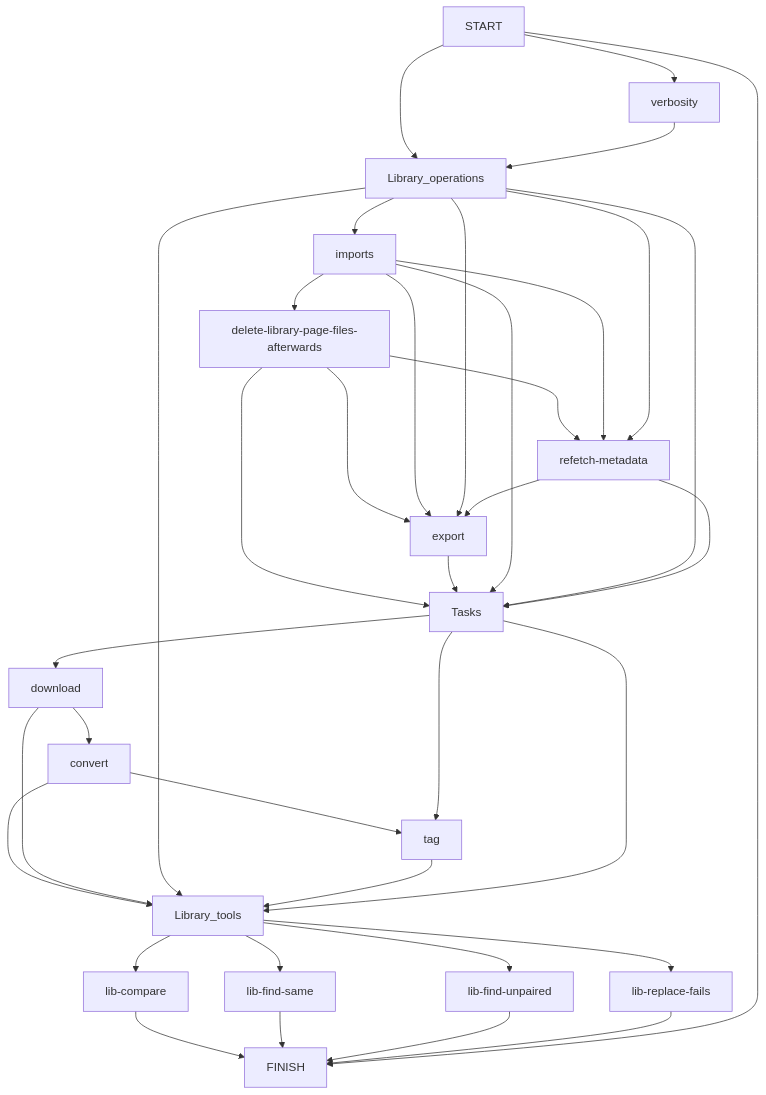
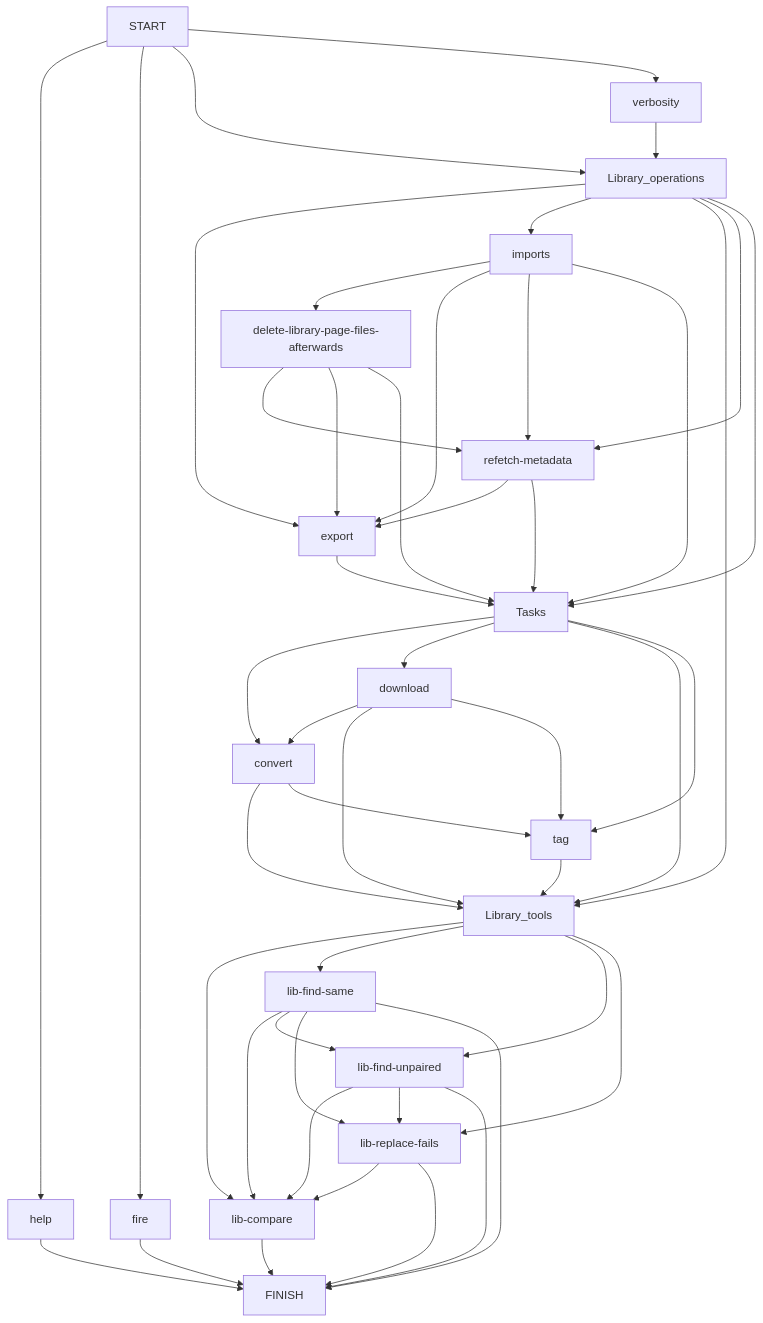
The diagram in readme.md (Egezenn/YTMASC), drawn with Mermaid before and after one commit. The commit also changed other lines of this file and 6 other files, not shown here.

````diff
--- a/readme.md
+++ b/readme.md
@@ -58,34 +77,43 @@
 ```mermaid
 graph TD;
 convert-->Library_tools
 convert-->tag
 delete-library-page-files-afterwards--->refetch-metadata
 delete-library-page-files-afterwards-->export
 delete-library-page-files-afterwards-->Tasks
 download-->convert
 download-->Library_tools
+download-->tag
 export-->Tasks
 imports-->delete-library-page-files-afterwards
 imports-->export
 imports-->refetch-metadata
 imports-->Tasks
+lib-find-same-->lib-compare
+lib-find-same-->lib-find-unpaired
+lib-find-same-->lib-replace-fails
+lib-find-unpaired-->lib-compare
+lib-find-unpaired-->lib-replace-fails
+lib-replace-fails-->lib-compare
 Library_operations-->export
 Library_operations-->imports
 Library_operations-->Library_tools
 Library_operations-->refetch-metadata
 Library_operations-->Tasks
 Library_tools-->lib-compare-->FINISH
 Library_tools-->lib-find-same-->FINISH
 Library_tools-->lib-find-unpaired-->FINISH
 Library_tools-->lib-replace-fails-->FINISH
 refetch-metadata-->export
 refetch-metadata-->Tasks
-START-->FINISH
+START-->help-->FINISH
+START-->fire-->FINISH
 START-->Library_operations
 START-->verbosity
 tag-->Library_tools
+Tasks-->convert
 Tasks-->download
 Tasks-->Library_tools
 Tasks-->tag
 verbosity-->Library_operations
 ```
````
